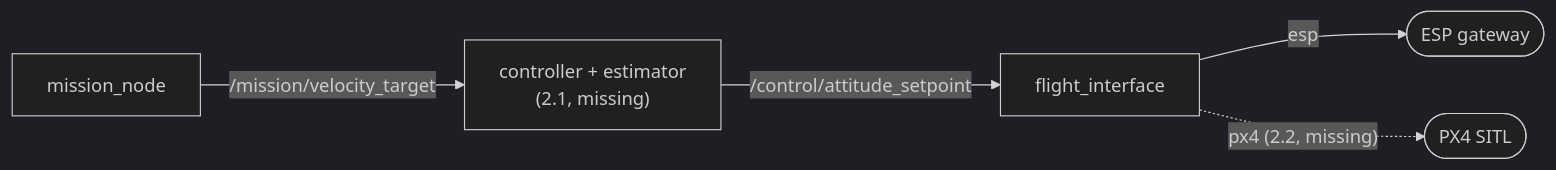
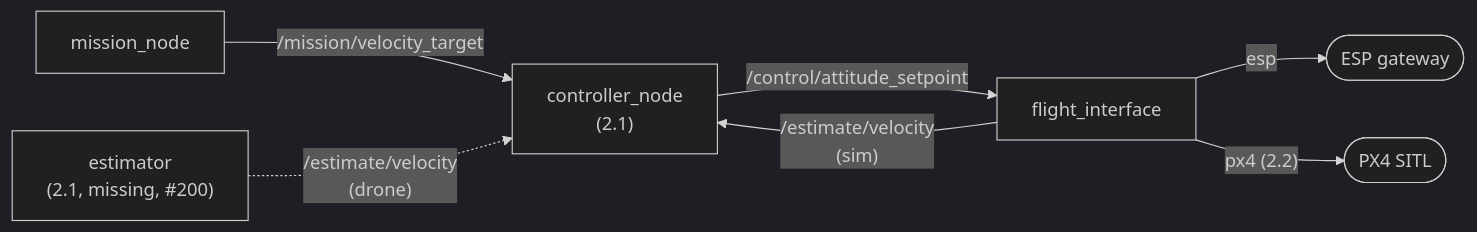
The diagram in docs/PraticalPlan/06 Gestures/06 Final Connections and Missing Parts.md (SEAME-pt/SEA-ME_Team1_ROSRangers), drawn with Mermaid (dark theme) before and after one commit. The commit also changed other lines of this file and 15 other files, not shown here.

````diff
--- a/docs/PraticalPlan/06 Gestures/06 Final Connections and Missing Parts.md
+++ b/docs/PraticalPlan/06 Gestures/06 Final Connections and Missing Parts.md
@@ -40,7 +40,9 @@
 ```mermaid
 flowchart LR
-  M[mission_node] -->|"/mission/velocity_target"| C["controller + estimator<br/>(2.1, missing)"]
+  M[mission_node] -->|"/mission/velocity_target"| C["controller_node<br/>(2.1)"]
+  E["estimator<br/>(2.1, missing, #200)"] -.->|"/estimate/velocity<br/>(drone)"| C
   C -->|"/control/attitude_setpoint"| FI[flight_interface]
   FI -->|esp| ESP([ESP gateway])
-  FI -.->|"px4 (2.2, missing)"| PX4([PX4 SITL])
+  FI -->|"px4 (2.2)"| PX4([PX4 SITL])
+  FI -->|"/estimate/velocity<br/>(sim)"| C
 ```
````
